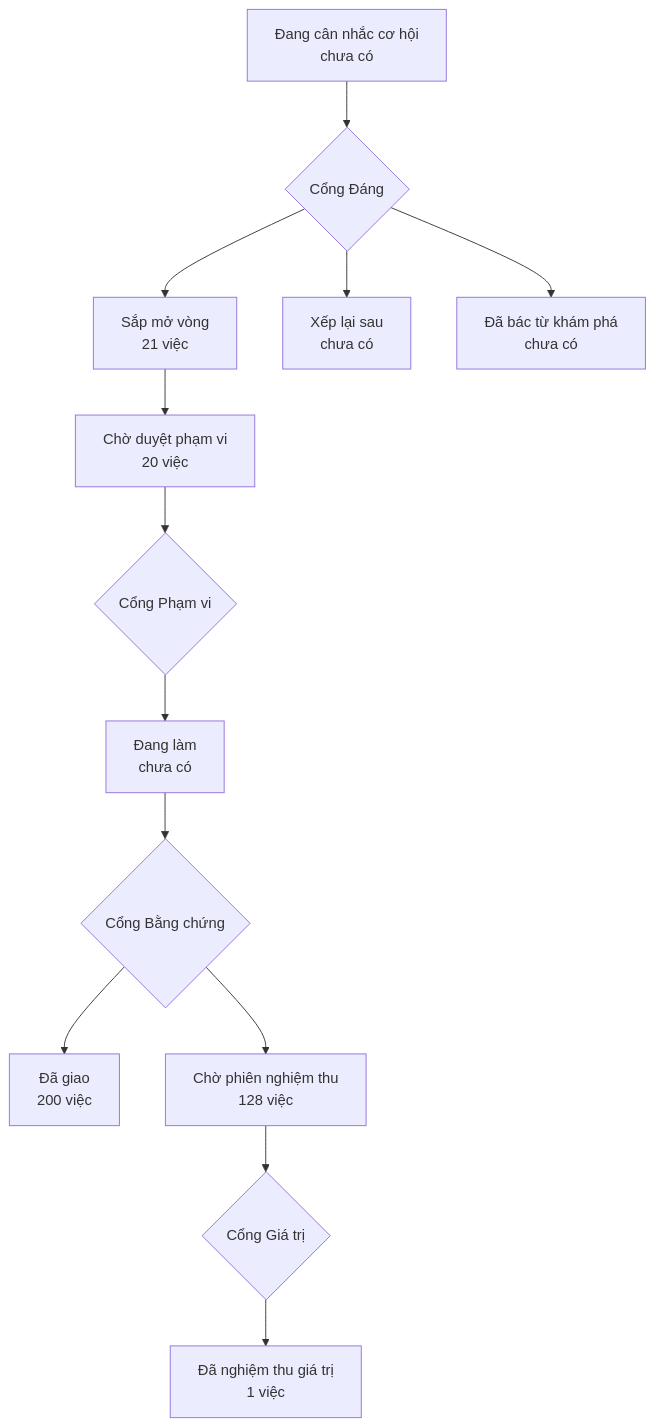
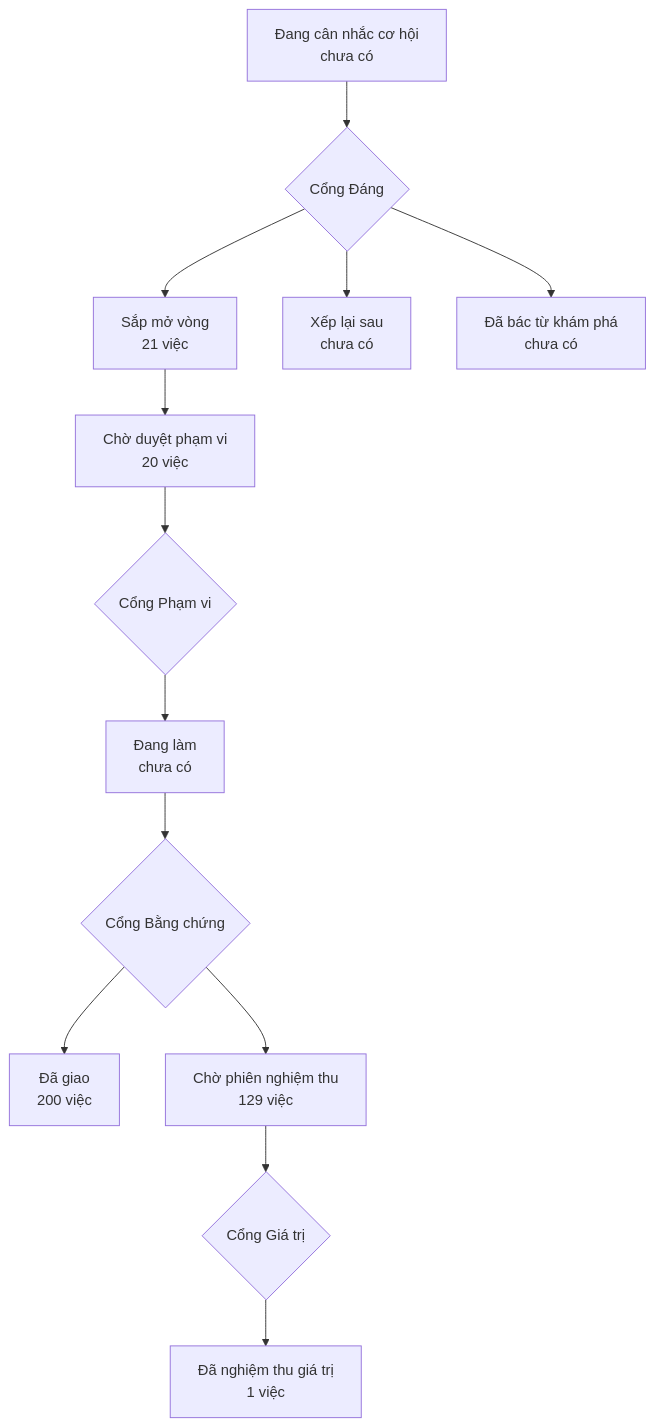
One commit to phanlemanh/onehub-invest changed the diagram in PRODUCT-MAP.md. Above: the diagram before and after it, drawn with Mermaid. The commit also changed other lines of this file and 60 other files, not shown here.

````diff
--- a/PRODUCT-MAP.md
+++ b/PRODUCT-MAP.md
@@ -7,12 +7,12 @@
 ```mermaid
 flowchart TD
   A["Đang cân nhắc cơ hội<br/>chưa có"] --> GD{"Cổng Đáng"}
   GD --> B["Sắp mở vòng<br/>21 việc"]
   GD --> XL["Xếp lại sau<br/>chưa có"]
   GD --> DB["Đã bác từ khám phá<br/>chưa có"]
   B --> CD["Chờ duyệt phạm vi<br/>20 việc"] --> GP{"Cổng Phạm vi"}
   GP --> DL["Đang làm<br/>chưa có"] --> GB{"Cổng Bằng chứng"}
   GB --> DG["Đã giao<br/>200 việc"]
-  GB --> CN["Chờ phiên nghiệm thu<br/>128 việc"] --> GG{"Cổng Giá trị"}
+  GB --> CN["Chờ phiên nghiệm thu<br/>129 việc"] --> GG{"Cổng Giá trị"}
   GG --> NT["Đã nghiệm thu giá trị<br/>1 việc"]
 ```
````
